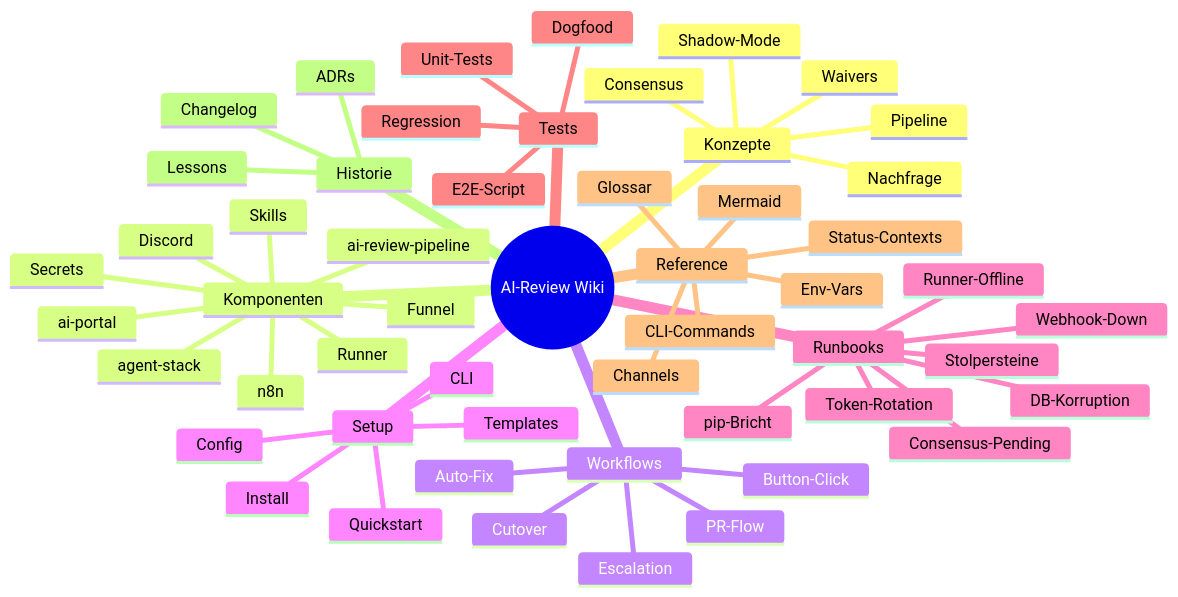
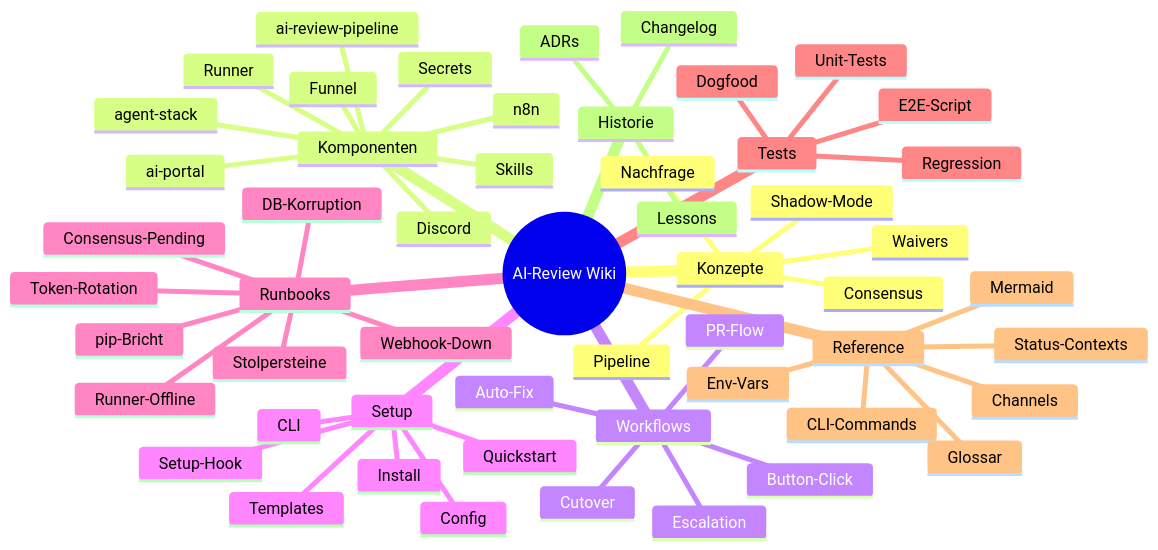
Before and after one commit to EtroxTaran/agent-stack: the diagram in docs/wiki/README.md, drawn with Mermaid. The commit also changed other lines of this file and 5 other files, not shown here.

First line of the commit message:
docs(wiki): dokumentiere den Projekt-Setup-Hook (#10)

````diff
--- a/docs/wiki/README.md
+++ b/docs/wiki/README.md
@@ -14,56 +14,57 @@
 ```mermaid
 mindmap
   root((AI-Review Wiki))
     Konzepte
       Pipeline
       Consensus
       Shadow-Mode
       Waivers
       Nachfrage
     Komponenten
       agent-stack
       ai-review-pipeline
       ai-portal
       n8n
       Discord
       Funnel
       Runner
       Skills
       Secrets
     Workflows
       PR-Flow
       Button-Click
       Escalation
       Auto-Fix
       Cutover
     Setup
       Quickstart
       Install
       Config
       Templates
       CLI
+      Setup-Hook
     Runbooks
       Webhook-Down
       DB-Korruption
       Runner-Offline
       pip-Bricht
       Consensus-Pending
       Token-Rotation
       Stolpersteine
     Tests
       E2E-Script
       Unit-Tests
       Regression
       Dogfood
     Reference
       CLI-Commands
       Env-Vars
       Status-Contexts
       Channels
       Mermaid
       Glossar
     Historie
       Changelog
       Lessons
       ADRs
 ```
````
